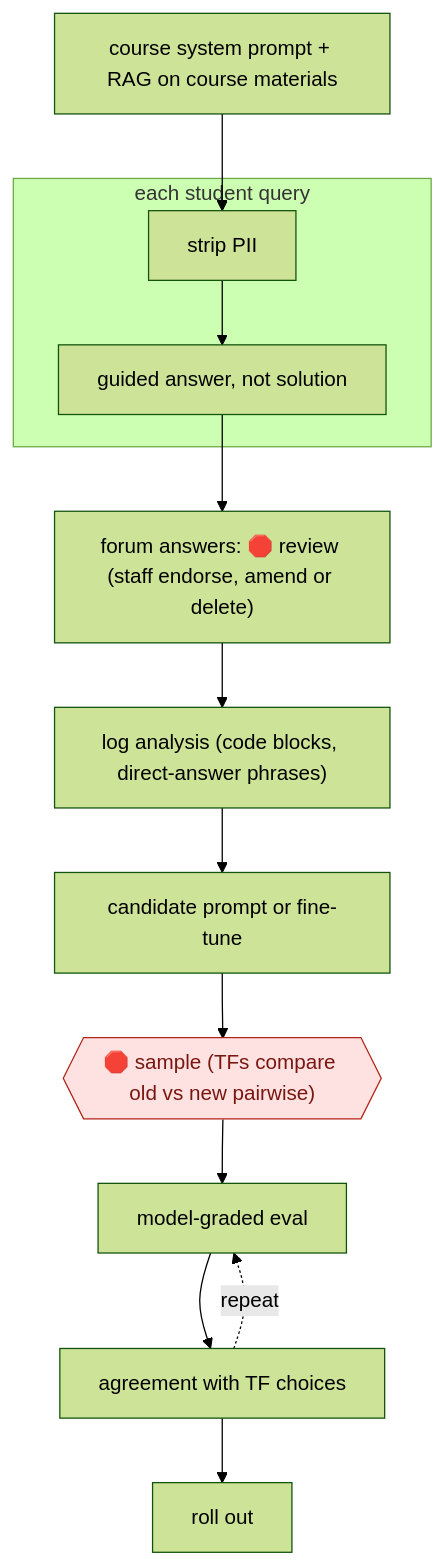
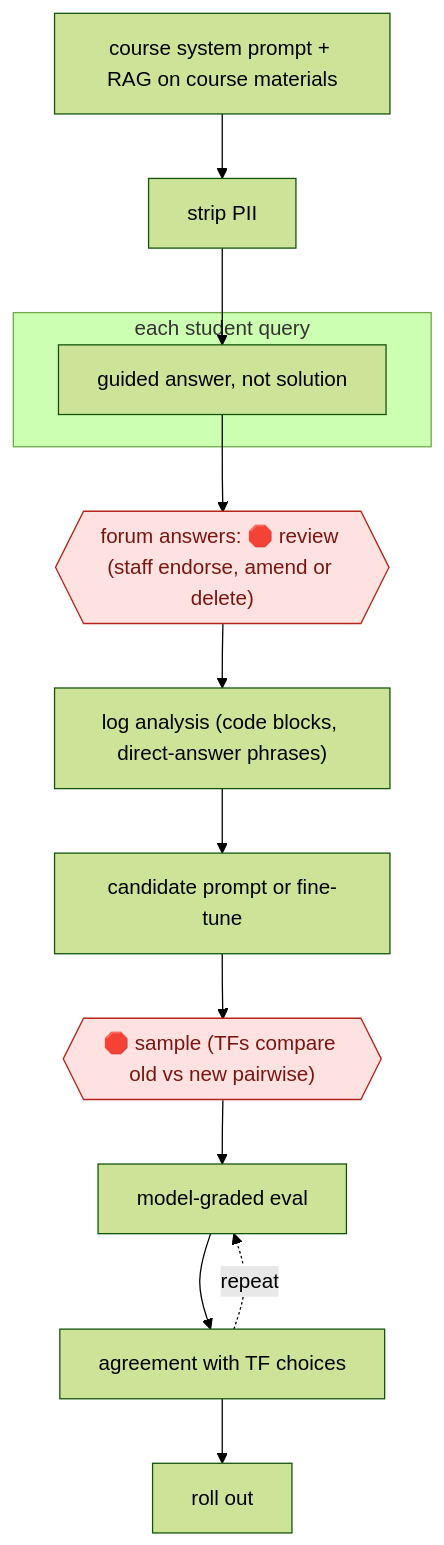
Before and after one commit to milesradford99/agent-workflow-atlas: the diagram in workflows/PRO/EDU/TUTOR/guardrailed-course-tutor/README.md, drawn with Mermaid (forest theme). The commit also changed 171 other files, not shown here.

````diff
--- a/workflows/PRO/EDU/TUTOR/guardrailed-course-tutor/README.md
+++ b/workflows/PRO/EDU/TUTOR/guardrailed-course-tutor/README.md
@@ -31,26 +31,26 @@
 ```mermaid
 flowchart TD
   n1["course system prompt + RAG on course materials"]
   n2["strip PII"]
-  n1 --> n2
   subgraph s3["each student query"]
   n4["guided answer, not solution"]
+  end
+  n5{{"forum answers: 🛑 review (staff endorse, amend or delete)"}}:::stop
+  n6["log analysis (code blocks, direct-answer phrases)"]
+  n7["candidate prompt or fine-tune"]
+  n8{{"🛑 sample (TFs compare old vs new pairwise)"}}:::stop
+  n9["model-graded eval"]
+  n10["agreement with TF choices"]
+  n11["roll out"]
+  n1 --> n2
   n2 --> n4
-  end
-  n5["forum answers: 🛑 review (staff endorse, amend or delete)"]
   n4 --> n5
-  n6["log analysis (code blocks, direct-answer phrases)"]
   n5 --> n6
-  n7["candidate prompt or fine-tune"]
   n6 --> n7
-  n8{{"🛑 sample (TFs compare old vs new pairwise)"}}:::stop
   n7 --> n8
-  n9["model-graded eval"]
   n8 --> n9
-  n10["agreement with TF choices"]
   n9 --> n10
   n10 -.->|repeat| n9
-  n11["roll out"]
   n10 --> n11
   classDef stop fill:#fde2e1,stroke:#b42318,color:#7a1610
 ```
````
